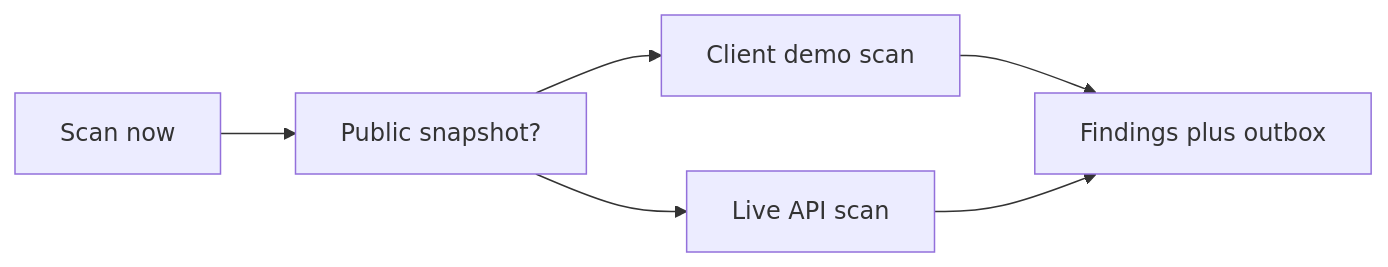
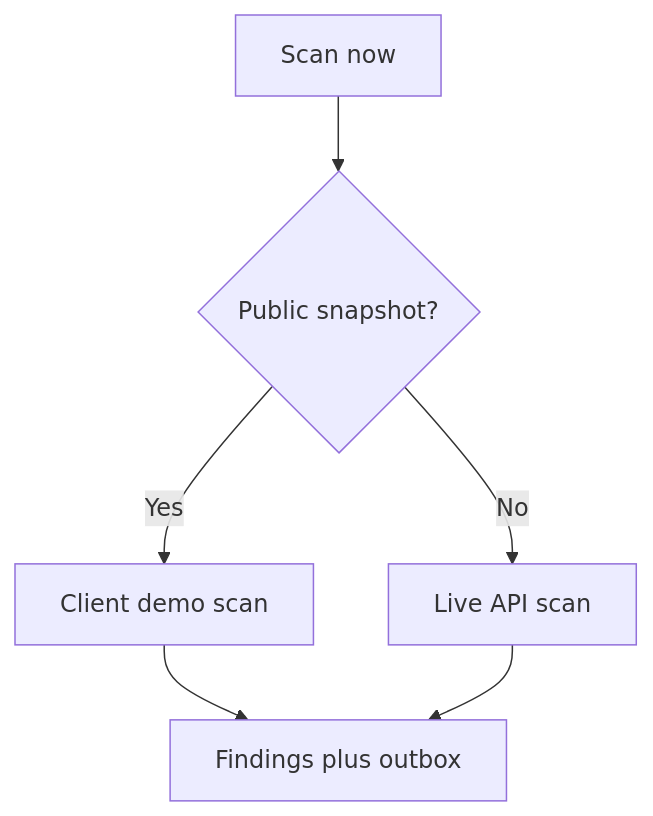
One commit to hxyan2020/PRD changed the fifth of 11 diagrams in platform/docs/USER_GUIDE.md. Above: the diagram before and after it, drawn with Mermaid. The commit also changed other lines of this file and 12 other files, not shown here.

First line of the commit message:
Add flowcharts and sequence diagrams to admin docs

````diff
--- a/platform/docs/USER_GUIDE.md
+++ b/platform/docs/USER_GUIDE.md
@@ -233,8 +258,8 @@
 ```mermaid
-graph LR
-  Scan[Scan now] --> Public[Public snapshot?]
-  Public --> Demo[Client demo scan]
-  Public --> Api[Live API scan]
+graph TD
+  Scan[Scan now] --> Q{Public snapshot?}
+  Q -->|Yes| Demo[Client demo scan]
+  Q -->|No| Api[Live API scan]
   Demo --> Desk[Findings plus outbox]
   Api --> Desk
 ```
````
